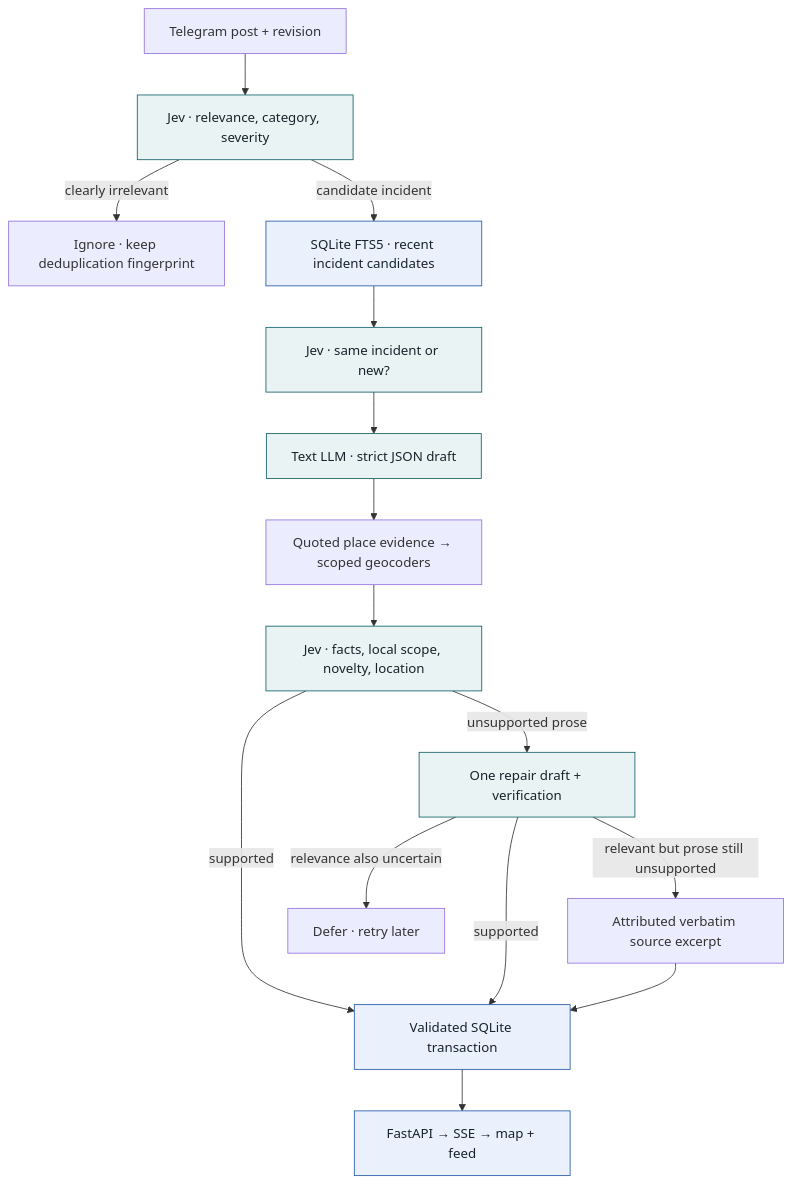
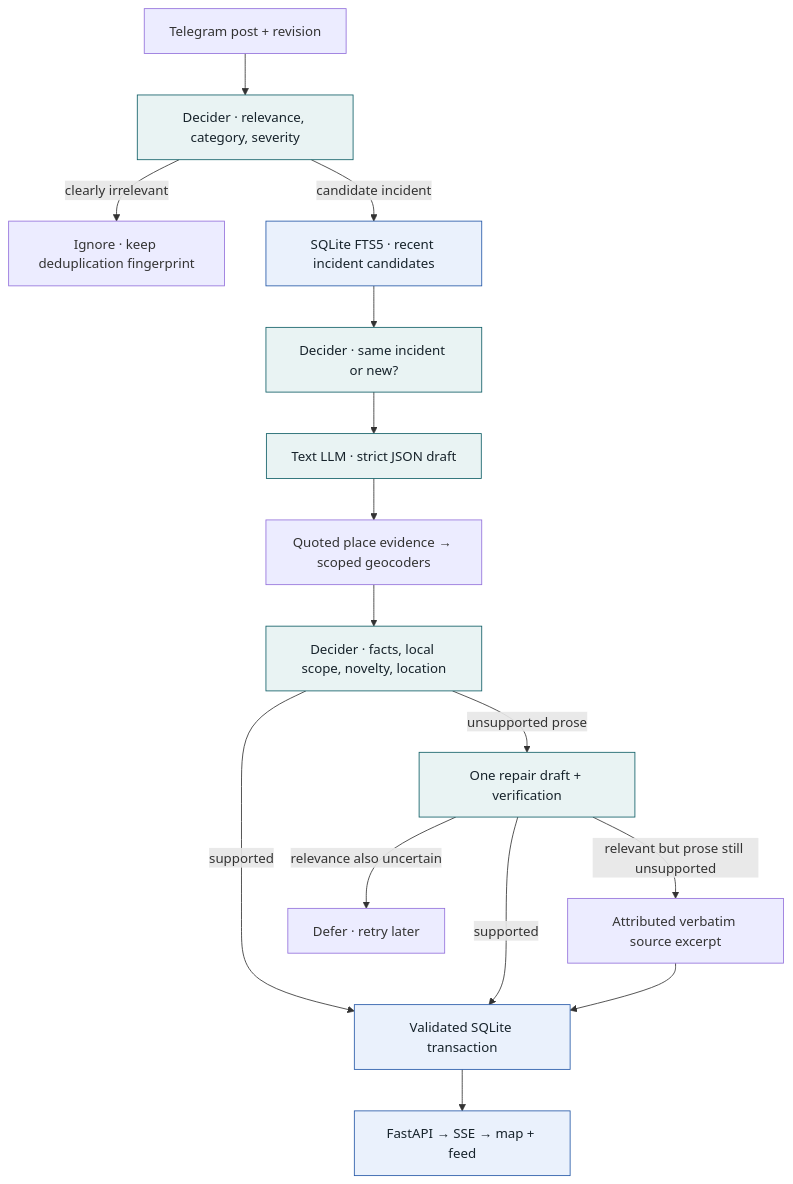
Before and after one commit to ashromanov/mapexp: the first of 2 diagrams in README.md, drawn with Mermaid. The commit also changed other lines of this file and 5 other files, not shown here.

````diff
--- a/README.md
+++ b/README.md
@@ -38,21 +38,21 @@
 ```mermaid
 flowchart TD
-    P["Telegram post + revision"] --> T["Jev · relevance, category, severity"]
+    P["Telegram post + revision"] --> T["Decider · relevance, category, severity"]
     T -->|clearly irrelevant| I["Ignore · keep deduplication fingerprint"]
     T -->|candidate incident| R["SQLite FTS5 · recent incident candidates"]
-    R --> M["Jev · same incident or new?"]
+    R --> M["Decider · same incident or new?"]
     M --> D["Text LLM · strict JSON draft"]
     D --> G["Quoted place evidence → scoped geocoders"]
-    G --> V["Jev · facts, local scope, novelty, location"]
+    G --> V["Decider · facts, local scope, novelty, location"]
     V -->|supported| C["Validated SQLite transaction"]
     V -->|unsupported prose| F["One repair draft + verification"]
     F -->|supported| C
     F -->|relevant but prose still unsupported| Q["Attributed verbatim source excerpt"]
     Q --> C
     F -->|relevance also uncertain| W["Defer · retry later"]
     C --> A["FastAPI → SSE → map + feed"]
     classDef model fill:#e9f3f3,stroke:#0f5e66,color:#17232b
     classDef store fill:#eaf1fc,stroke:#2457a7,color:#17232b
     class T,M,D,V,F model
     class R,C,A store
 ```
````
